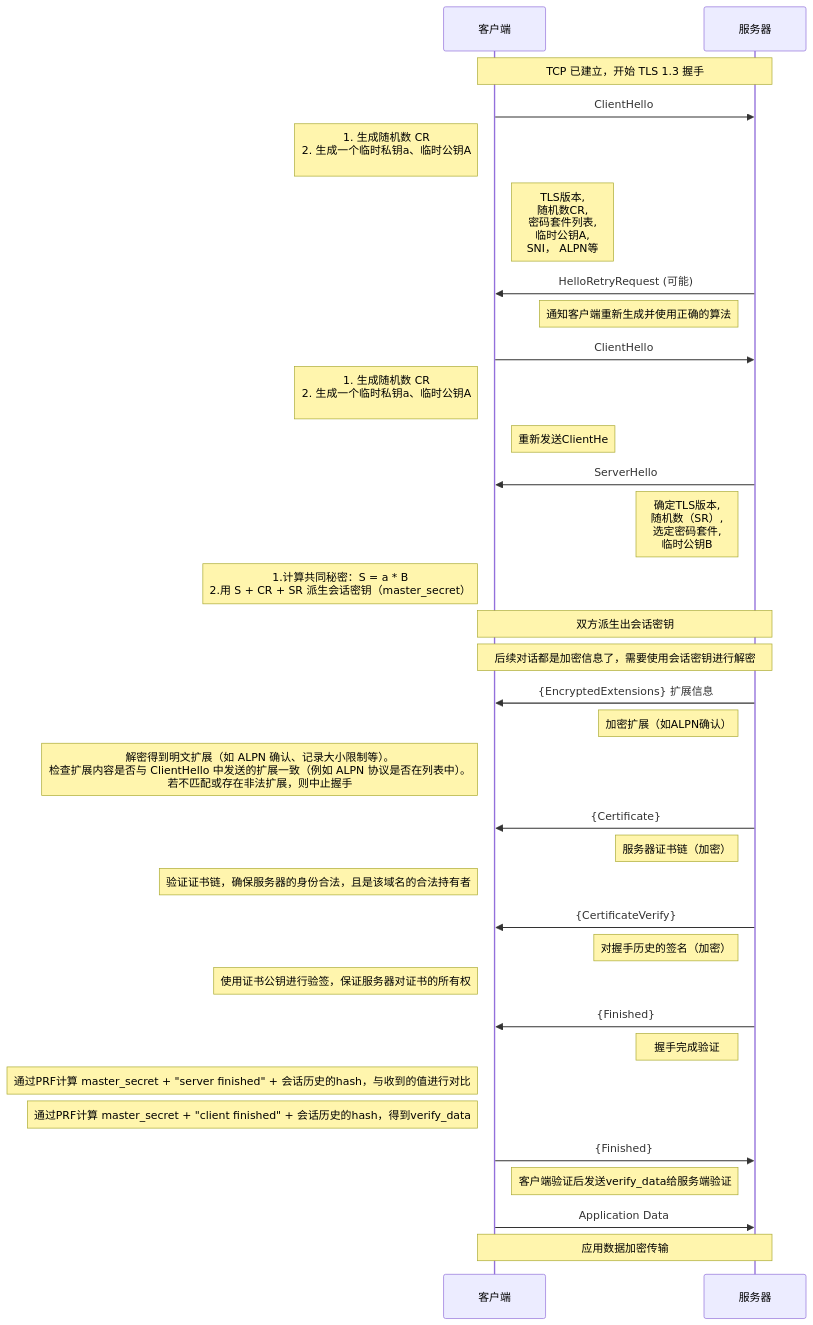
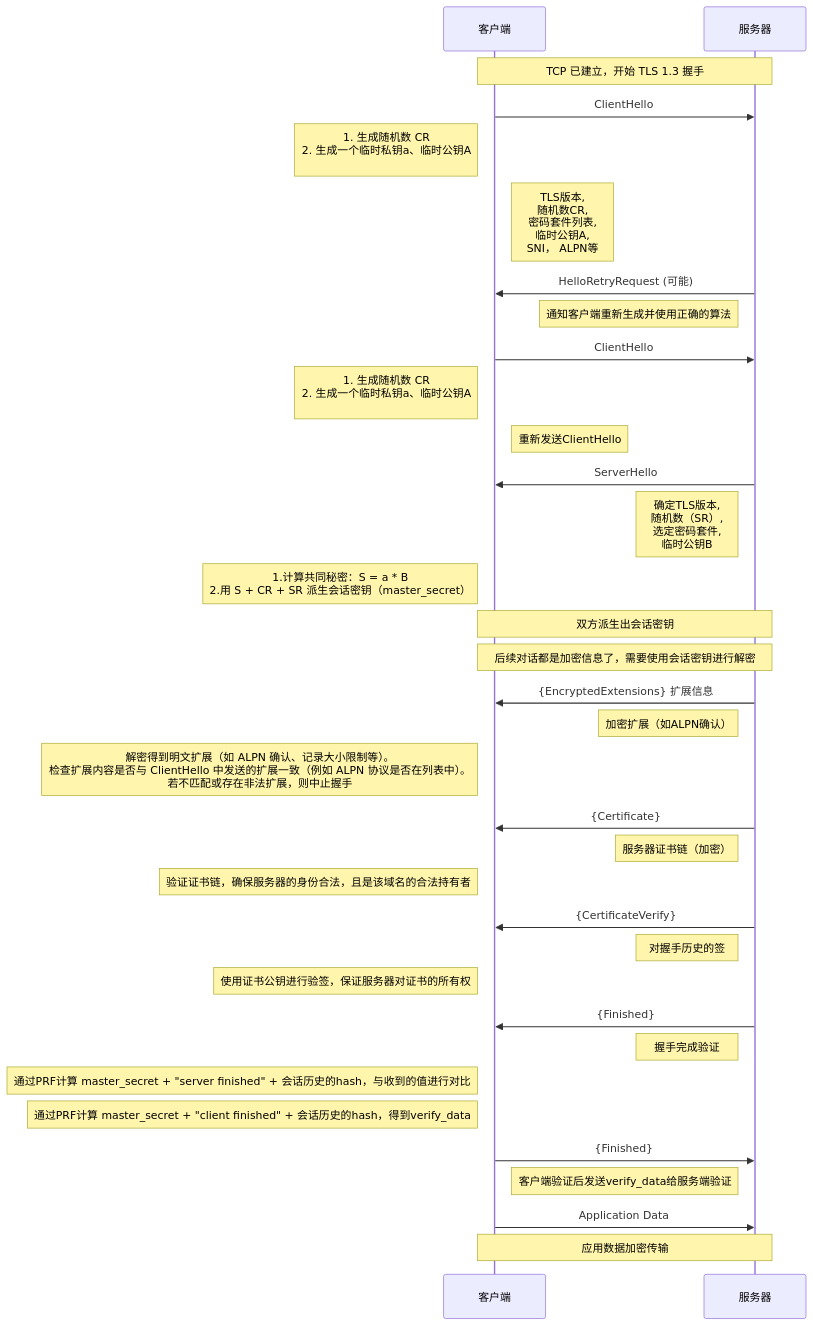
Before and after one commit to HY-10-8/iodraw-files: the diagram in all/TLS-1.3-通用（全）.md, drawn with Mermaid.

Commit message:
2026-03-31 10:11:44 update

````diff
--- a/all/TLS-1.3-通用（全）.md
+++ b/all/TLS-1.3-通用（全）.md
@@ -1,48 +1,48 @@
 ```mermaid
 sequenceDiagram
     participant C as 客户端
     participant S as 服务器
 
     Note over C,S: TCP 已建立，开始 TLS 1.3 握手
 
     C->>S: ClientHello
     Note left of C: 1. 生成随机数 CR<br/> 2. 生成一个临时私钥a、临时公钥A<br/>
     Note right of C: TLS版本,<br/> 随机数CR,<br/> 密码套件列表,<br/> 临时公钥A,<br/> SNI， ALPN等
 
     S->>C: HelloRetryRequest (可能)
     Note left of S: 通知客户端重新生成并使用正确的算法
 
     C->>S: ClientHello
     Note left of C: 1. 生成随机数 CR<br/> 2. 生成一个临时私钥a、临时公钥A<br/>
-    Note right of C: 重新发送ClientHe
+    Note right of C: 重新发送ClientHello
 
     S->>C: ServerHello
     Note left of S: 确定TLS版本, <br/>随机数（SR）,<br/> 选定密码套件, <br/>临时公钥B
     Note left of C: 1.计算共同秘密：S = a * B<br/> 2.用 S + CR + SR 派生会话密钥（master_secret）
 
     Note over C,S: 双方派生出会话密钥
     Note over C,S: 后续对话都是加密信息了，需要使用会话密钥进行解密
 
     S->>C: {EncryptedExtensions} 扩展信息
     Note left of S: 加密扩展（如ALPN确认）
     Note left of C: 解密得到明文扩展（如 ALPN 确认、记录大小限制等）。<br/>检查扩展内容是否与 ClientHello 中发送的扩展一致（例如 ALPN 协议是否在列表中）。<br/> 若不匹配或存在非法扩展，则中止握手
 
     S->>C: {Certificate}
     Note left of S: 服务器证书链（加密）
     Note left of C: 验证证书链，确保服务器的身份合法，且是该域名的合法持有者
 
     S->>C: {CertificateVerify}
-    Note left of S: 对握手历史的签名（加密）
+    Note left of S: 对握手历史的签
     Note left of C: 使用证书公钥进行验签，保证服务器对证书的所有权
 
     S->>C: {Finished}
     Note left of S: 握手完成验证
     Note left of C: 通过PRF计算 master_secret + "server finished" + 会话历史的hash，与收到的值进行对比
     Note left of C: 通过PRF计算 master_secret + "client finished" + 会话历史的hash，得到verify_data
 
     C->>S: {Finished}
     Note right of C: 客户端验证后发送verify_data给服务端验证
 
     C->>S: Application Data
     Note over C,S: 应用数据加密传输
 ```
````
